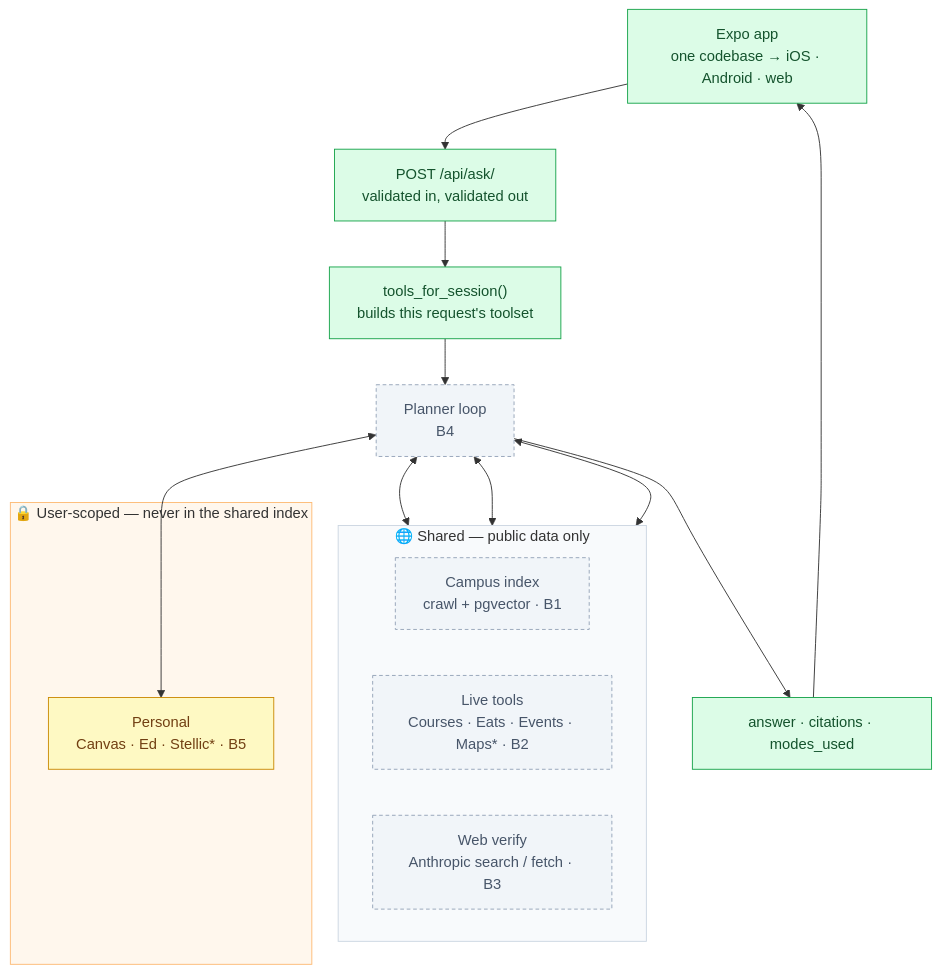
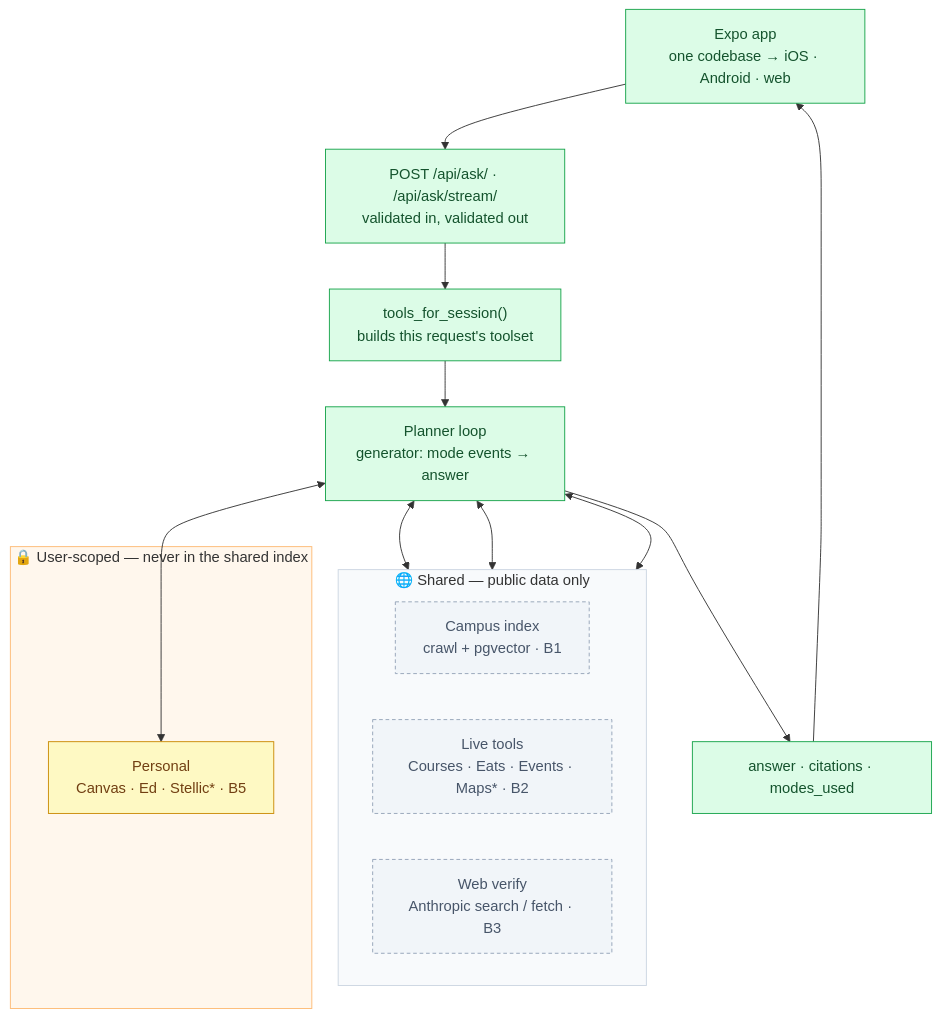
Before and after one commit to yeekitc/askscotty: the diagram in docs/architecture.md, drawn with Mermaid. The commit also changed other lines of this file and 22 other files, not shown here.

First line of the commit message:
B4: the planner loop, plus SSE progress events

````diff
--- a/docs/architecture.md
+++ b/docs/architecture.md
@@ -3,33 +3,33 @@
 ```mermaid
 flowchart TB
     App["Expo app<br/>one codebase → iOS · Android · web"]:::done
-    Ask["POST /api/ask/<br/>validated in, validated out"]:::done
+    Ask["POST /api/ask/ · /api/ask/stream/<br/>validated in, validated out"]:::done
     Gate["tools_for_session()<br/>builds this request's toolset"]:::done
-    Planner["Planner loop<br/>B4"]:::todo
+    Planner["Planner loop<br/>generator: mode events → answer"]:::done
 
     subgraph shared ["🌐 Shared — public data only"]
         direction LR
         RAG["Campus index<br/>crawl + pgvector · B1"]:::todo
         Live["Live tools<br/>Courses · Eats · Events · Maps* · B2"]:::todo
         Web["Web verify<br/>Anthropic search / fetch · B3"]:::todo
     end
 
     subgraph scoped ["🔒 User-scoped — never in the shared index"]
         Personal["Personal<br/>Canvas · Ed · Stellic* · B5"]:::part
     end
 
     Out["answer · citations · modes_used"]:::done
 
     App --> Ask --> Gate --> Planner
     Planner <--> RAG
     Planner <--> Live
     Planner <--> Web
     Planner <--> Personal
     Planner --> Out --> App
 
     classDef done fill:#dcfce7,stroke:#16a34a,color:#14532d
     classDef part fill:#fef9c3,stroke:#ca8a04,color:#713f12
     classDef todo fill:#f1f5f9,stroke:#94a3b8,color:#475569,stroke-dasharray:4 3
     style shared fill:#f8fafc,stroke:#cbd5e1
     style scoped fill:#fff7ed,stroke:#fdba74
 ```
````
